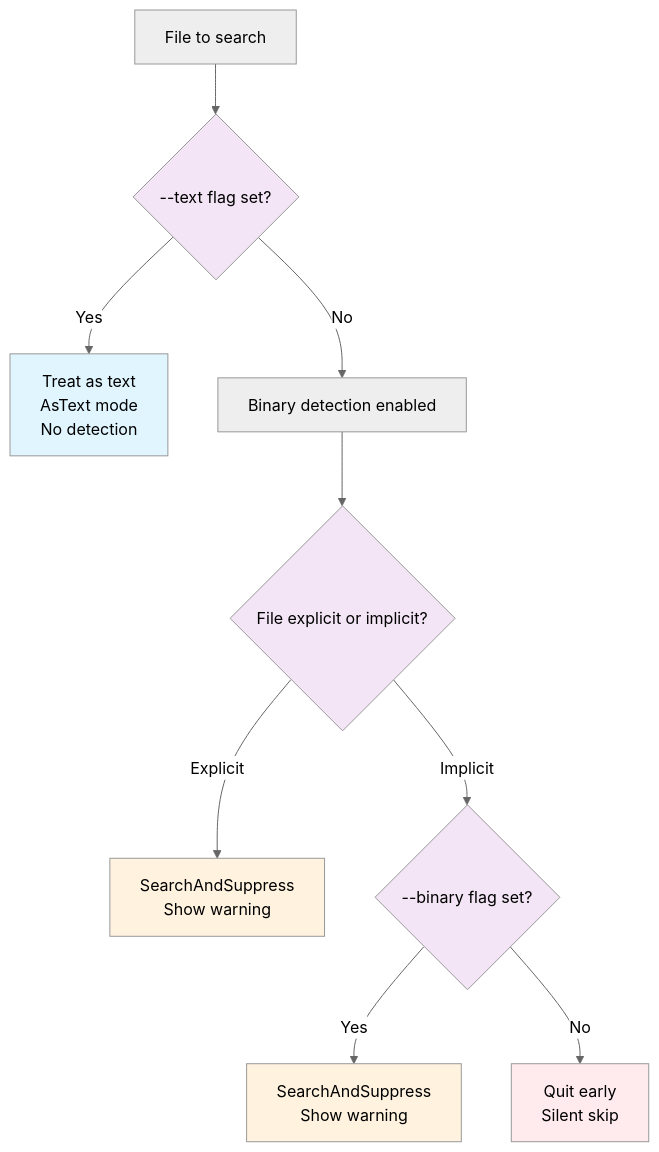
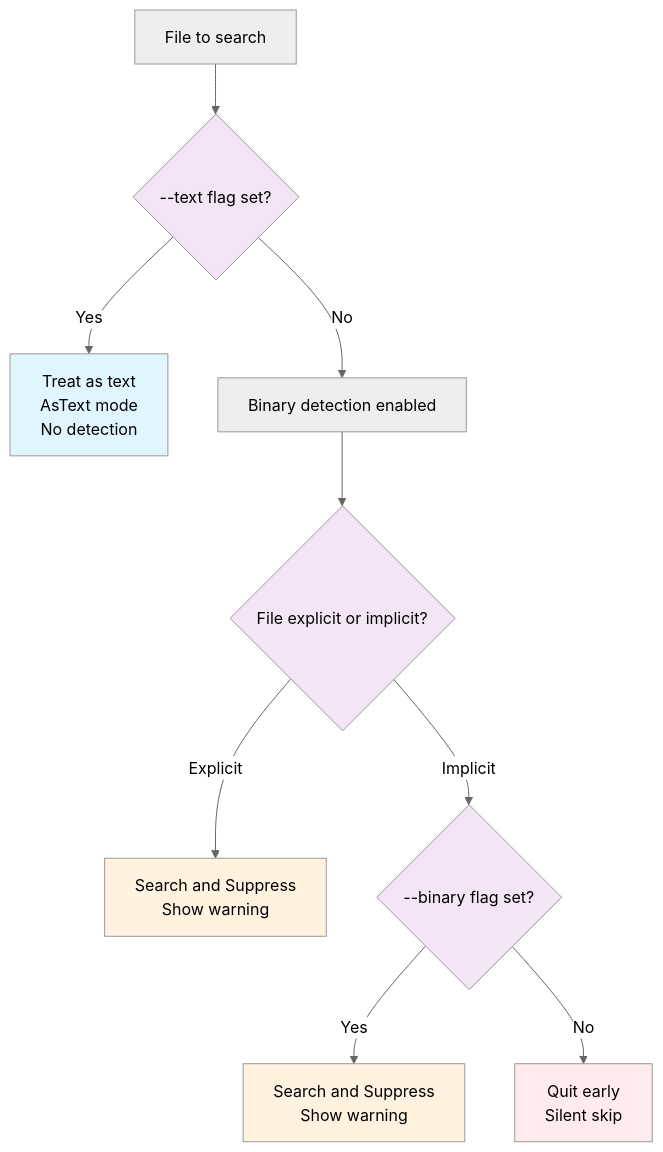
One commit to iepathos/ripgrep changed the second of 2 diagrams in docs/binary-data/flags.md. Above: the diagram before and after it, drawn with Mermaid (neutral theme). The commit also changed 2 other files, not shown here.

Commit message:
fix: add missing spaces in Mermaid diagram labels
Fixed "SearchAndSuppress" to "Search and Suppress" in Mermaid
diagram node labels for better readability.

Changed in 3 files:
- docs/binary-data/index.md
- docs/binary-data/modes.md
- docs/binary-data/flags.md

This improves consistency with the multi-word labeling style used
throughout the documentation diagrams.

````diff
--- a/docs/binary-data/flags.md
+++ b/docs/binary-data/flags.md
@@ -207,28 +207,28 @@
 ```mermaid
 flowchart TD
     Start[File to search] --> TextFlag{--text flag set?}
 
     TextFlag -->|Yes| AsText["Treat as text
 AsText mode
 No detection"]
     TextFlag -->|No| BinaryDetect[Binary detection enabled]
 
     BinaryDetect --> FileType{File explicit or implicit?}
 
-    FileType -->|Explicit| Suppress1["SearchAndSuppress
+    FileType -->|Explicit| Suppress1["Search and Suppress
 Show warning"]
     FileType -->|Implicit| BinaryFlag{--binary flag set?}
 
-    BinaryFlag -->|Yes| Suppress2["SearchAndSuppress
+    BinaryFlag -->|Yes| Suppress2["Search and Suppress
 Show warning"]
     BinaryFlag -->|No| Skip["Quit early
 Silent skip"]
 
     style AsText fill:#e1f5ff
     style Suppress1 fill:#fff3e0
     style Suppress2 fill:#fff3e0
     style Skip fill:#ffebee
     style TextFlag fill:#f3e5f5
     style FileType fill:#f3e5f5
     style BinaryFlag fill:#f3e5f5
 ```
````
